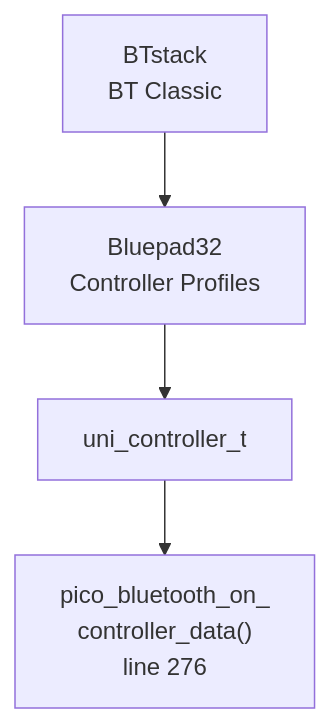
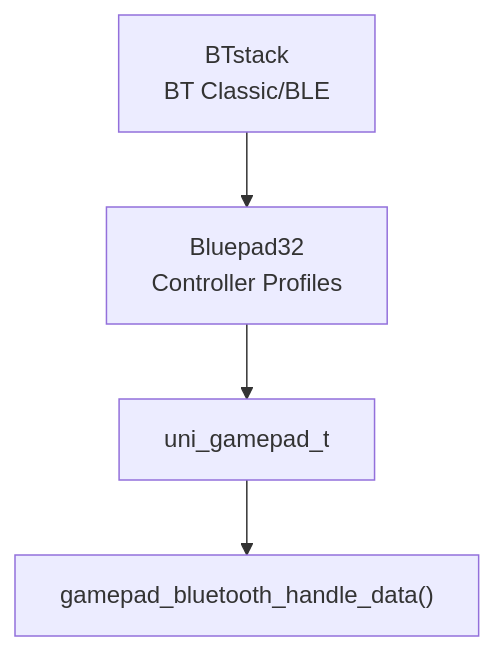
One commit to Jus-Be/orinayo-pico changed the second of 5 diagrams in wiki/3.2-data-flow-pipeline.md. Above: the diagram before and after it, drawn with Mermaid. The commit also changed other lines of this file and 42 other files, not shown here.

````diff
--- a/wiki/3.2-data-flow-pipeline.md
+++ b/wiki/3.2-data-flow-pipeline.md
@@ -70,12 +64,12 @@
 ```mermaid
 flowchart TD
 
-BTStack["BTstack<br>BT Classic"]
+BTStack["BTstack<br>BT Classic/BLE"]
 BP32["Bluepad32<br>Controller Profiles"]
-UniCtl["uni_controller_t"]
-OnData["pico_bluetooth_on_<br>controller_data()<br>line 276"]
+UniCtl["uni_gamepad_t"]
+OnData["gamepad_bluetooth_handle_data()"]
 
 BTStack --> BP32
 BP32 --> UniCtl
 UniCtl --> OnData
 ```
````
